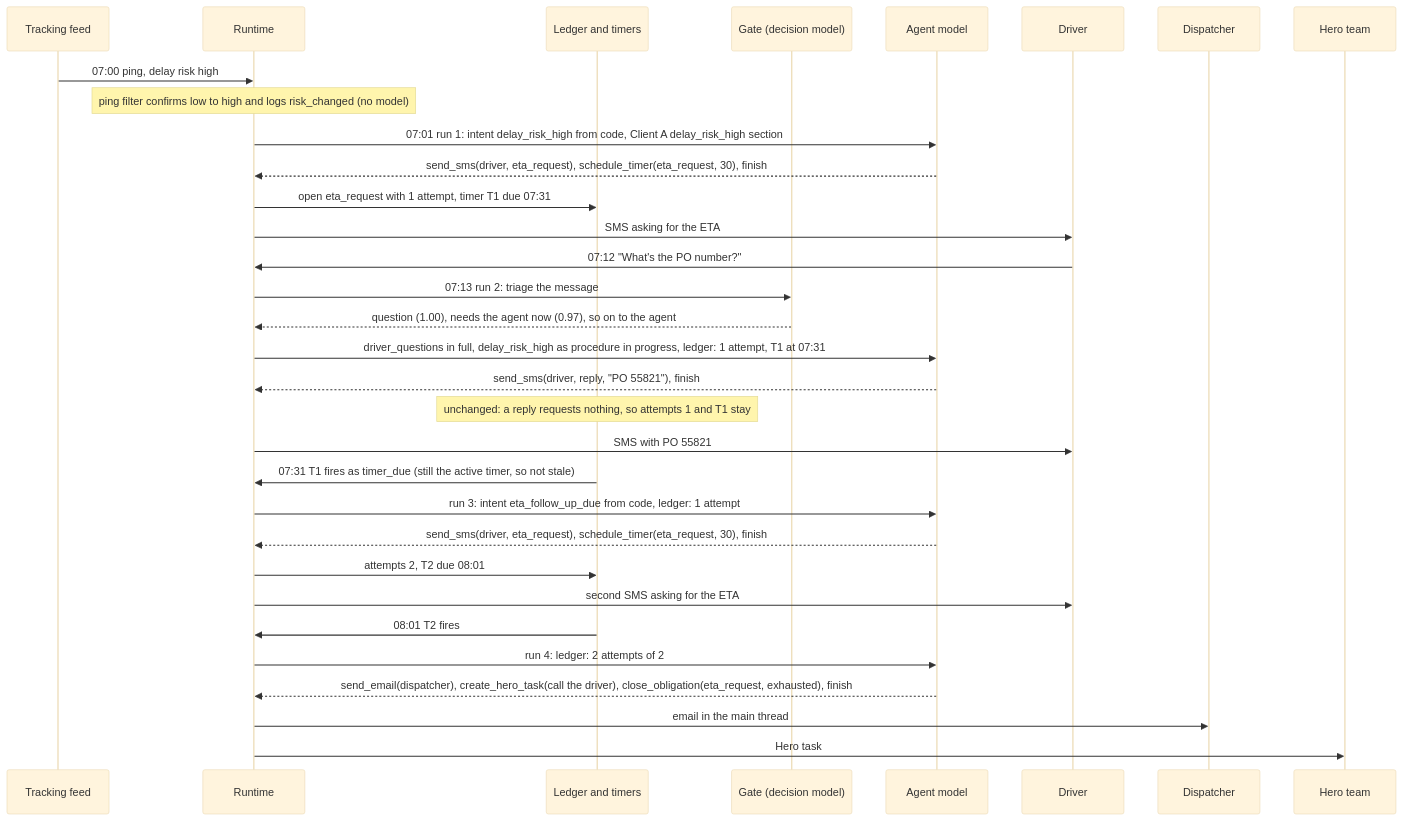
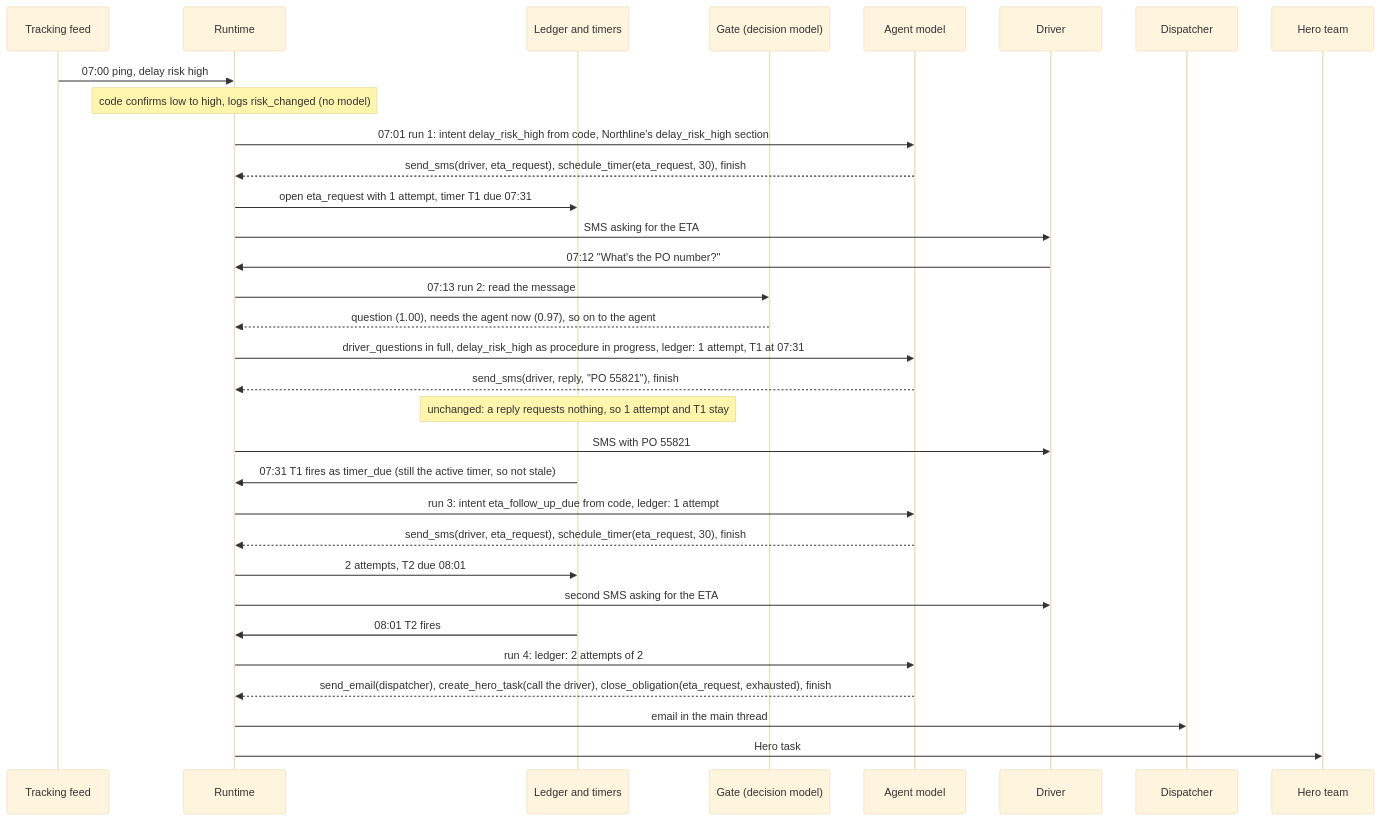
One commit to pedrocwb/freight-hero-assessment changed the seventh of 11 diagrams in docs/architecture.md. Above: the diagram before and after it, drawn with Mermaid (base theme). The commit also changed other lines of this file and 1 other file, not shown here.

First line of the commit message:
Rewrite the answers and the architecture in plain language

````diff
--- a/docs/architecture.md
+++ b/docs/architecture.md
@@ -267,35 +282,35 @@
 ```mermaid
 sequenceDiagram
   participant T as Tracking feed
   participant R as Runtime
   participant L as Ledger and timers
   participant G as Gate (decision model)
   participant A as Agent model
   participant D as Driver
   participant P as Dispatcher
   participant H as Hero team
 
   T->>R: 07:00 ping, delay risk high
-  Note over R: ping filter confirms low to high and logs risk_changed (no model)
-  R->>A: 07:01 run 1: intent delay_risk_high from code, Client A delay_risk_high section
+  Note over R: code confirms low to high, logs risk_changed (no model)
+  R->>A: 07:01 run 1: intent delay_risk_high from code, Northline's delay_risk_high section
   A-->>R: send_sms(driver, eta_request), schedule_timer(eta_request, 30), finish
   R->>L: open eta_request with 1 attempt, timer T1 due 07:31
   R->>D: SMS asking for the ETA
   D->>R: 07:12 "What's the PO number?"
-  R->>G: 07:13 run 2: triage the message
+  R->>G: 07:13 run 2: read the message
   G-->>R: question (1.00), needs the agent now (0.97), so on to the agent
   R->>A: driver_questions in full, delay_risk_high as procedure in progress, ledger: 1 attempt, T1 at 07:31
   A-->>R: send_sms(driver, reply, "PO 55821"), finish
-  Note over L: unchanged: a reply requests nothing, so attempts 1 and T1 stay
+  Note over L: unchanged: a reply requests nothing, so 1 attempt and T1 stay
   R->>D: SMS with PO 55821
   L->>R: 07:31 T1 fires as timer_due (still the active timer, so not stale)
   R->>A: run 3: intent eta_follow_up_due from code, ledger: 1 attempt
   A-->>R: send_sms(driver, eta_request), schedule_timer(eta_request, 30), finish
-  R->>L: attempts 2, T2 due 08:01
+  R->>L: 2 attempts, T2 due 08:01
   R->>D: second SMS asking for the ETA
   L->>R: 08:01 T2 fires
   R->>A: run 4: ledger: 2 attempts of 2
   A-->>R: send_email(dispatcher), create_hero_task(call the driver), close_obligation(eta_request, exhausted), finish
   R->>P: email in the main thread
   R->>H: Hero task
 ```
````
